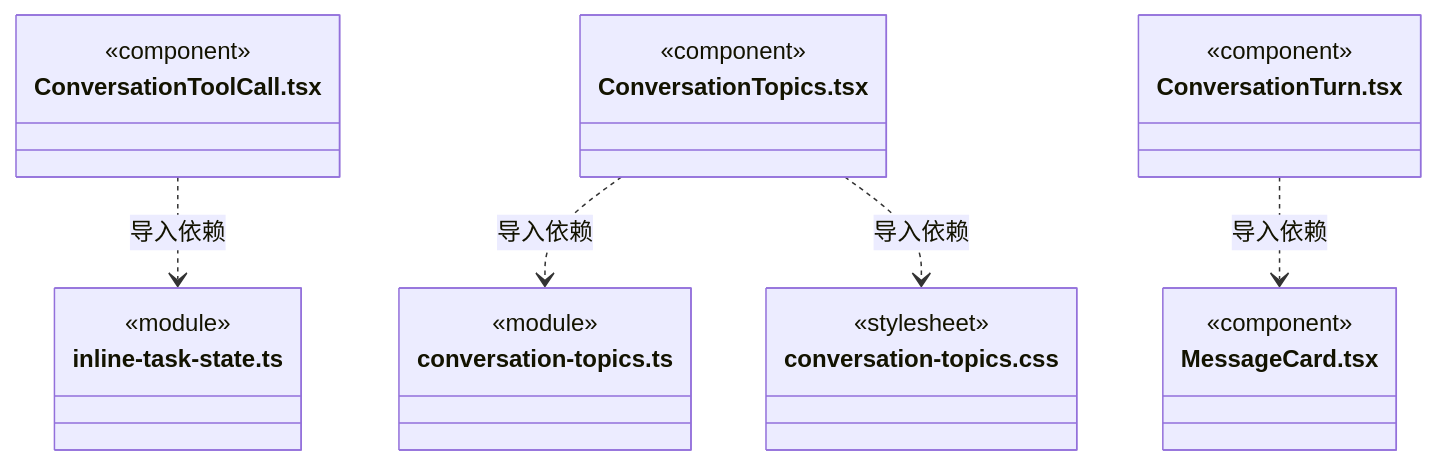
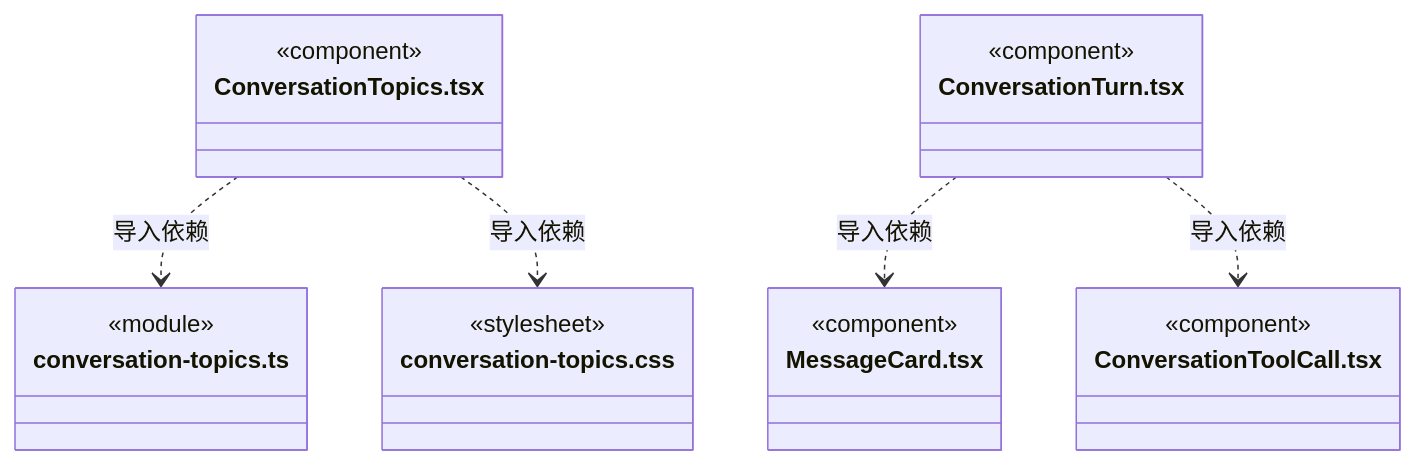
Diagram 45 of 49 in src/view/conversation/ARCHITECTURE.md (nan023062/cbim), drawn with Mermaid before and after one commit. The commit also changed other lines of this file and 15 other files, not shown here.

````diff
--- a/src/view/conversation/ARCHITECTURE.md
+++ b/src/view/conversation/ARCHITECTURE.md
@@ -681,28 +684,25 @@
 ```mermaid
 classDiagram
-class N_src_view_conversation_ConversationToolCall_tsx["ConversationToolCall.tsx"] {
-  <<component>>
-}
-class N_src_view_conversation_inline_task_state_ts["inline-task-state.ts"] {
-  <<module>>
-}
 class N_src_view_conversation_ConversationTopics_tsx["ConversationTopics.tsx"] {
   <<component>>
 }
 class N_src_view_conversation_conversation_topics_ts["conversation-topics.ts"] {
   <<module>>
 }
 class N_src_view_conversation_conversation_topics_css["conversation-topics.css"] {
   <<stylesheet>>
 }
 class N_src_view_conversation_ConversationTurn_tsx["ConversationTurn.tsx"] {
   <<component>>
 }
 class N_src_view_conversation_MessageCard_tsx["MessageCard.tsx"] {
   <<component>>
 }
-N_src_view_conversation_ConversationToolCall_tsx ..> N_src_view_conversation_inline_task_state_ts : 导入依赖
+class N_src_view_conversation_ConversationToolCall_tsx["ConversationToolCall.tsx"] {
+  <<component>>
+}
 N_src_view_conversation_ConversationTopics_tsx ..> N_src_view_conversation_conversation_topics_ts : 导入依赖
 N_src_view_conversation_ConversationTopics_tsx ..> N_src_view_conversation_conversation_topics_css : 导入依赖
 N_src_view_conversation_ConversationTurn_tsx ..> N_src_view_conversation_MessageCard_tsx : 导入依赖
+N_src_view_conversation_ConversationTurn_tsx ..> N_src_view_conversation_ConversationToolCall_tsx : 导入依赖
 ```
````
